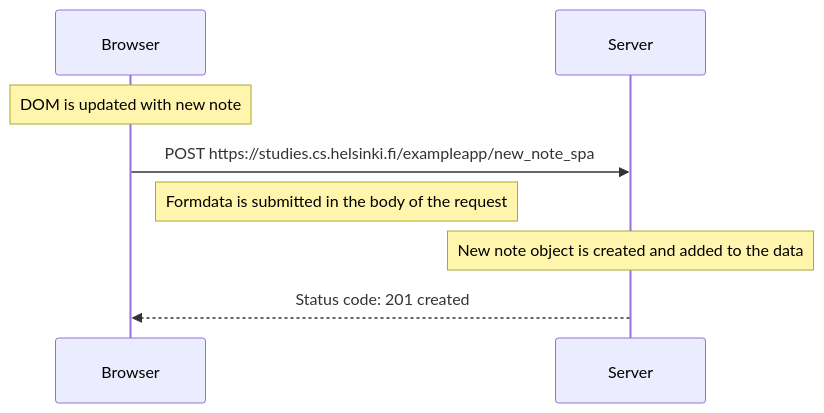
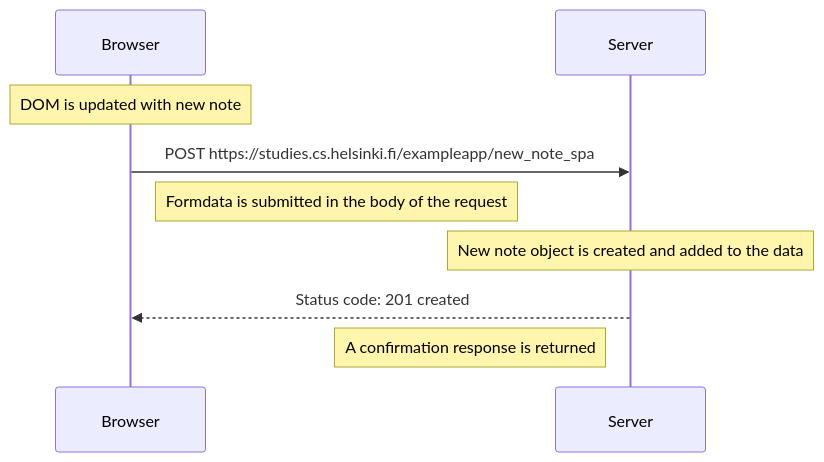
One commit to JD-Gonz/fullstackopen changed the diagram in part0/0.6-new-note-spa-diagram copy.md. Above: the diagram before and after it, drawn with Mermaid.

Commit message:
Add note to exercise 0.6

`````diff
--- a/part0/0.6-new-note-spa-diagram copy.md
+++ b/part0/0.6-new-note-spa-diagram copy.md
@@ -3,11 +3,12 @@
 ```mermaid
 sequenceDiagram
     participant Browser
     participant Server
 
     note over Browser: DOM is updated with new note
     Browser->>Server: POST https://studies.cs.helsinki.fi/exampleapp/new_note_spa
     note right of Browser: Formdata is submitted in the body of the request
     note over Server: New note object is created and added to the data
     Server-->>Browser: Status code: 201 created
+    note left of Server: A confirmation response is returned
 ````
`````
